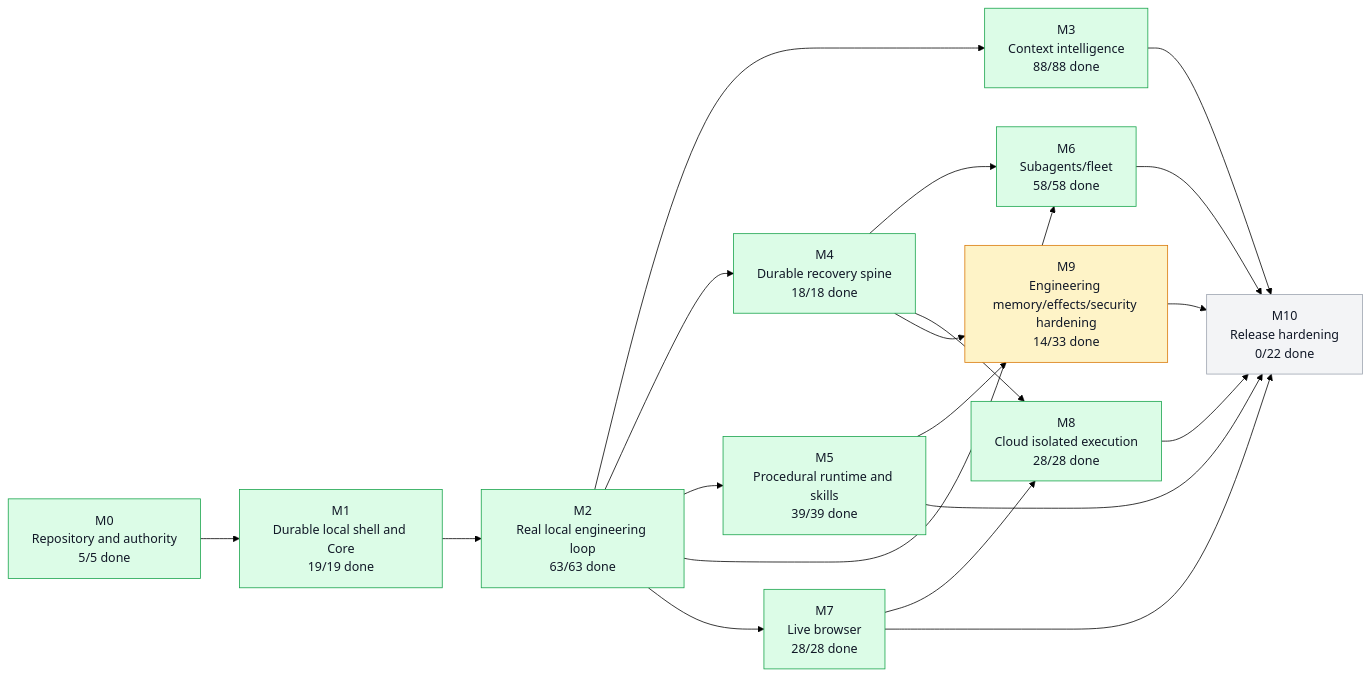
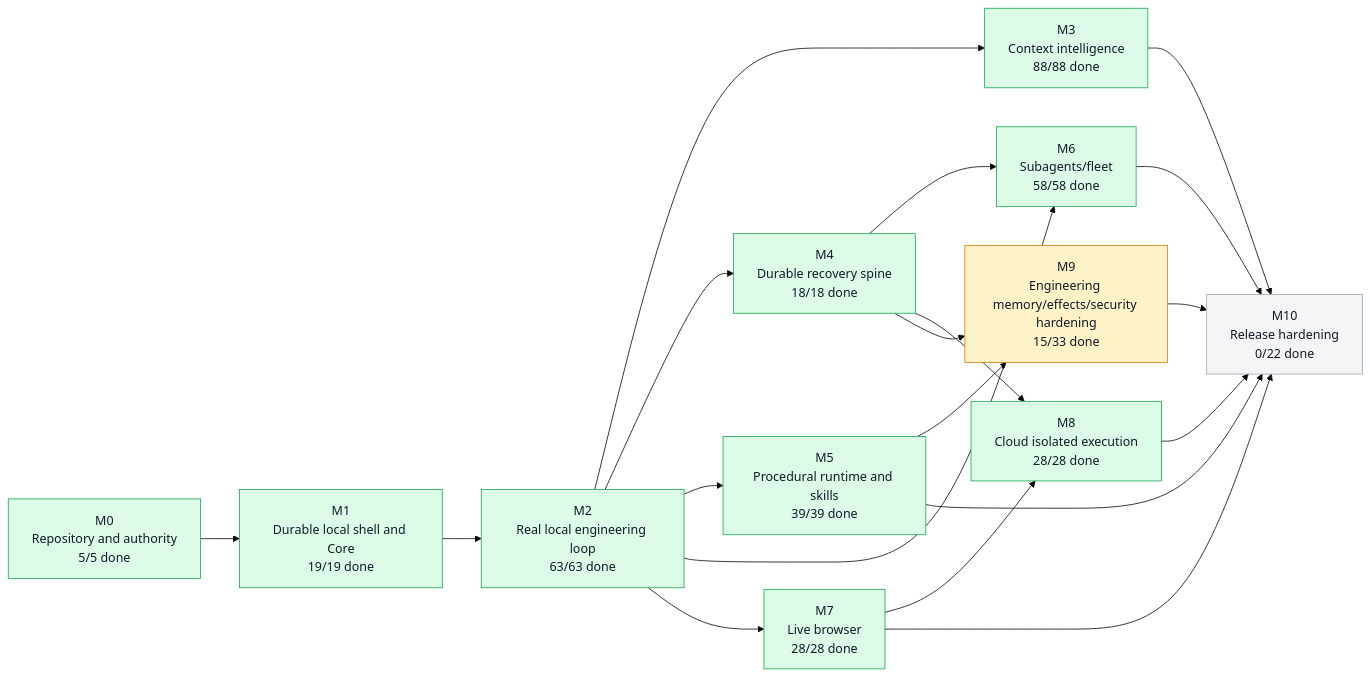
Before and after one commit to moss101/modbit: the first of 5 diagrams in graph/PROJECT_GRAPH.md, drawn with Mermaid (forest theme). The commit also changed other lines of this file and 6 other files, not shown here.

````diff
--- a/graph/PROJECT_GRAPH.md
+++ b/graph/PROJECT_GRAPH.md
@@ -57,43 +57,43 @@
 ```mermaid
 flowchart LR
   M0["M0<br/>Repository and authority<br/>5/5 done"]
   M1["M1<br/>Durable local shell and Core<br/>19/19 done"]
   M2["M2<br/>Real local engineering loop<br/>63/63 done"]
   M3["M3<br/>Context intelligence<br/>88/88 done"]
   M4["M4<br/>Durable recovery spine<br/>18/18 done"]
   M5["M5<br/>Procedural runtime and skills<br/>39/39 done"]
   M6["M6<br/>Subagents/fleet<br/>58/58 done"]
   M7["M7<br/>Live browser<br/>28/28 done"]
   M8["M8<br/>Cloud isolated execution<br/>28/28 done"]
-  M9["M9<br/>Engineering memory/effects/security hardening<br/>14/33 done"]
+  M9["M9<br/>Engineering memory/effects/security hardening<br/>15/33 done"]
   M10["M10<br/>Release hardening<br/>0/22 done"]
   M0 --> M1
   M1 --> M2
   M2 --> M3
   M2 --> M4
   M2 --> M5
   M2 --> M6
   M4 --> M6
   M2 --> M7
   M4 --> M8
   M7 --> M8
   M4 --> M9
   M5 --> M9
   M3 --> M10
   M5 --> M10
   M6 --> M10
   M7 --> M10
   M8 --> M10
   M9 --> M10
   style M0 fill:#dcfce7,stroke:#16a34a,color:#111827
   style M1 fill:#dcfce7,stroke:#16a34a,color:#111827
   style M2 fill:#dcfce7,stroke:#16a34a,color:#111827
   style M3 fill:#dcfce7,stroke:#16a34a,color:#111827
   style M4 fill:#dcfce7,stroke:#16a34a,color:#111827
   style M5 fill:#dcfce7,stroke:#16a34a,color:#111827
   style M6 fill:#dcfce7,stroke:#16a34a,color:#111827
   style M7 fill:#dcfce7,stroke:#16a34a,color:#111827
   style M8 fill:#dcfce7,stroke:#16a34a,color:#111827
   style M9 fill:#fef3c7,stroke:#d97706,color:#111827
   style M10 fill:#f3f4f6,stroke:#9ca3af,color:#111827
 ```
````
